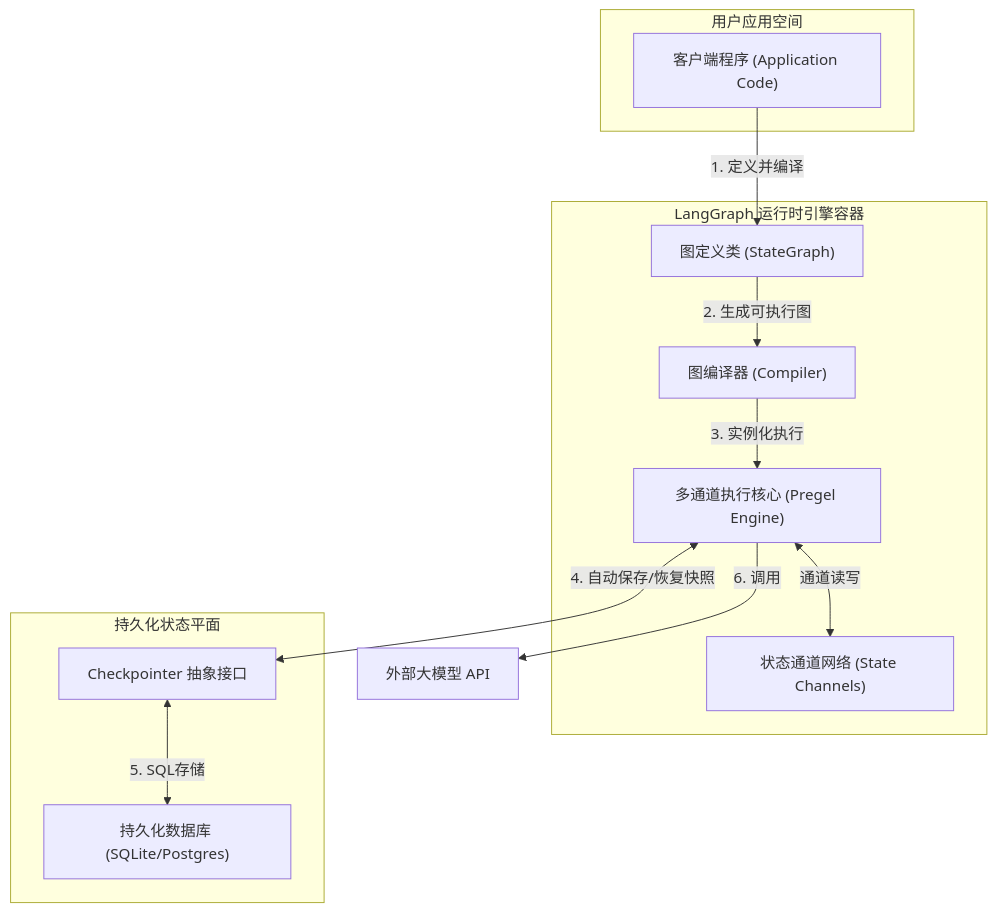
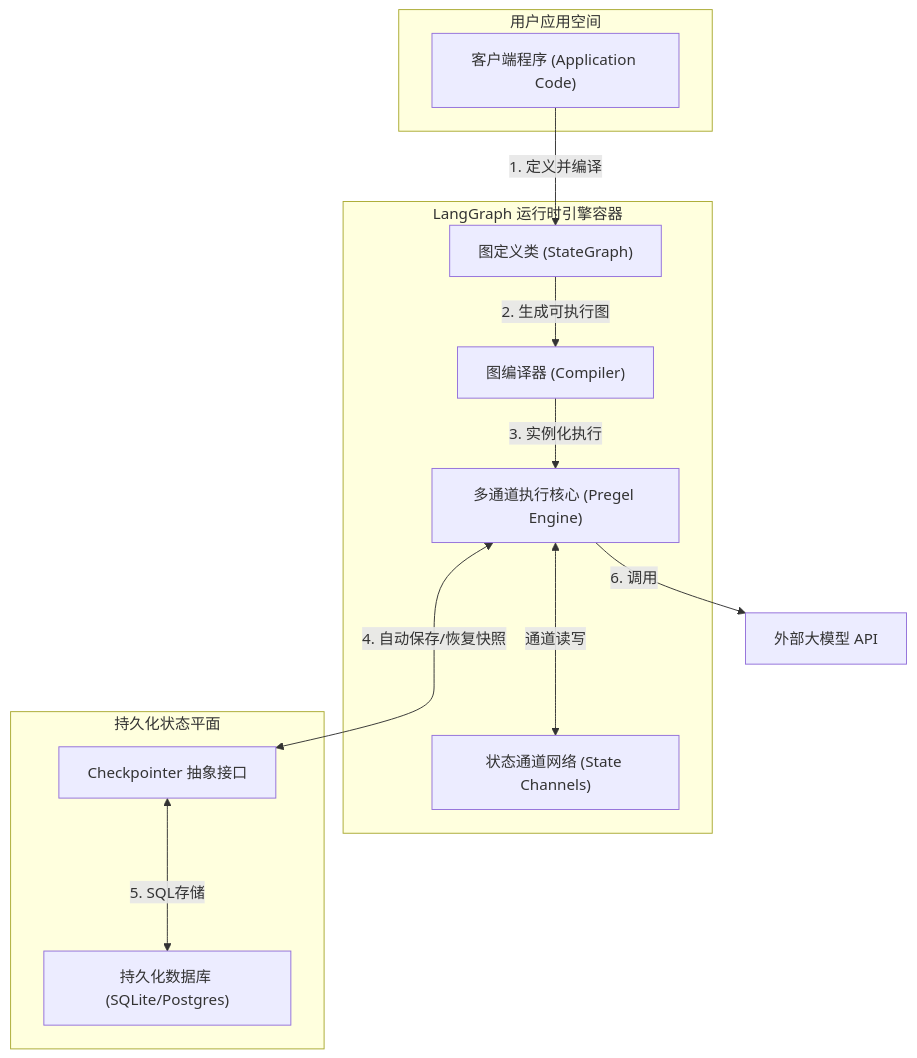
One commit to koosai/AI-Architect-Learning changed the third of 7 diagrams in docs/atlas/langgraph.mdx. Above: the diagram before and after it, drawn with Mermaid. The commit also changed 68 other files, not shown here.

Commit message:
fix(atlas): fix browser client-side Mermaid rendering for mindmaps and flowcharts across 67 case studies

````diff
--- a/docs/atlas/langgraph.mdx
+++ b/docs/atlas/langgraph.mdx
@@ -102,26 +102,26 @@
 ```mermaid
 graph TB
   subgraph UserApplication["用户应用空间"]
     ClientApp["客户端程序 (Application Code)"]
   end
 
   subgraph LangGraphRuntime["LangGraph 运行时引擎容器"]
     StateGraphClass["图定义类 (StateGraph)"]
     Compiler["图编译器 (Compiler)"]
     PregelEngine["多通道执行核心 (Pregel Engine)"]
     Channels["状态通道网络 (State Channels)"]
   end
 
   subgraph PersistenceLayer["持久化状态平面"]
     CheckpointerBase["Checkpointer 抽象接口"]
     DBSaving["持久化数据库 (SQLite/Postgres)"]
   end
 
   ClientApp -->|1. 定义并编译| StateGraphClass
   StateGraphClass -->|2. 生成可执行图| Compiler
   Compiler -->|3. 实例化执行| PregelEngine
-  PregelEngine <-->|通道读写| Channels
-  PregelEngine <-->|4. 自动保存/恢复快照| CheckpointerBase
-  CheckpointerBase <-->|5. SQL存储| DBSaving
+  PregelEngine <--->|通道读写| Channels
+  PregelEngine <--->|4. 自动保存/恢复快照| CheckpointerBase
+  CheckpointerBase <--->|5. SQL存储| DBSaving
   PregelEngine -->|6. 调用| LLM["外部大模型 API"]
 ```
````
